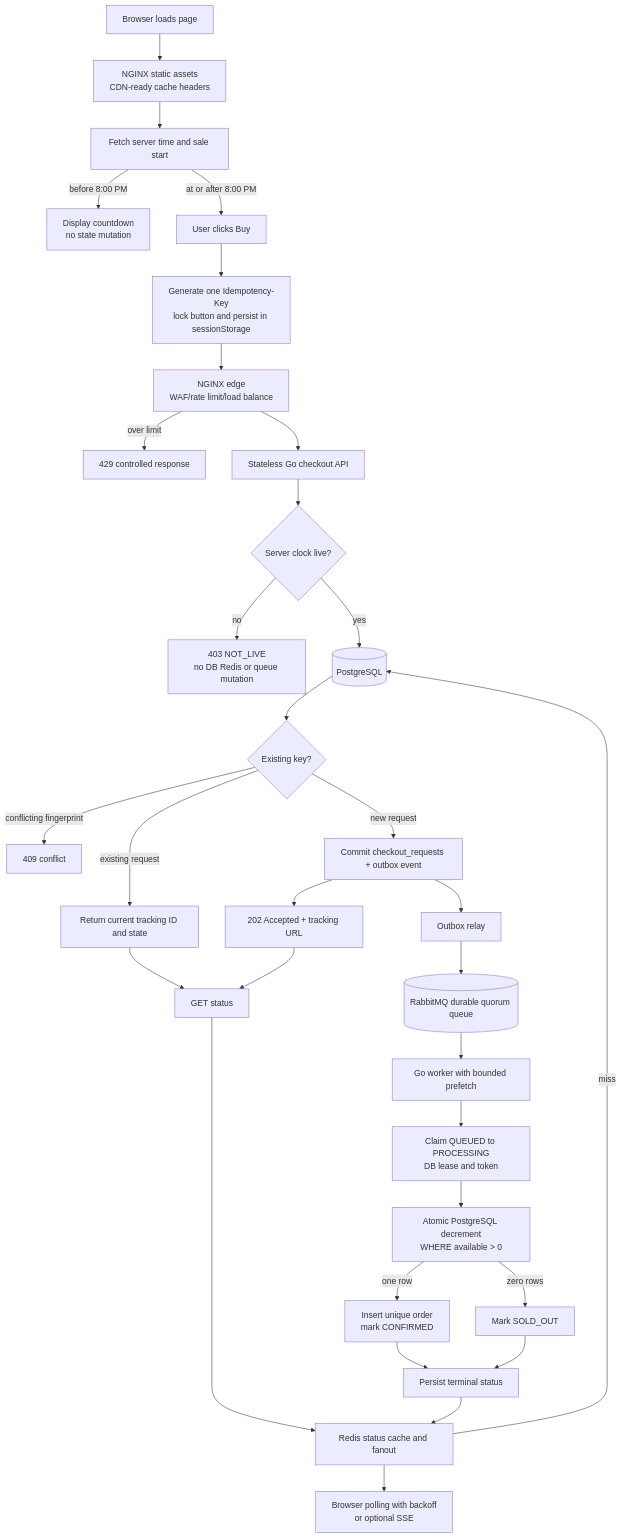
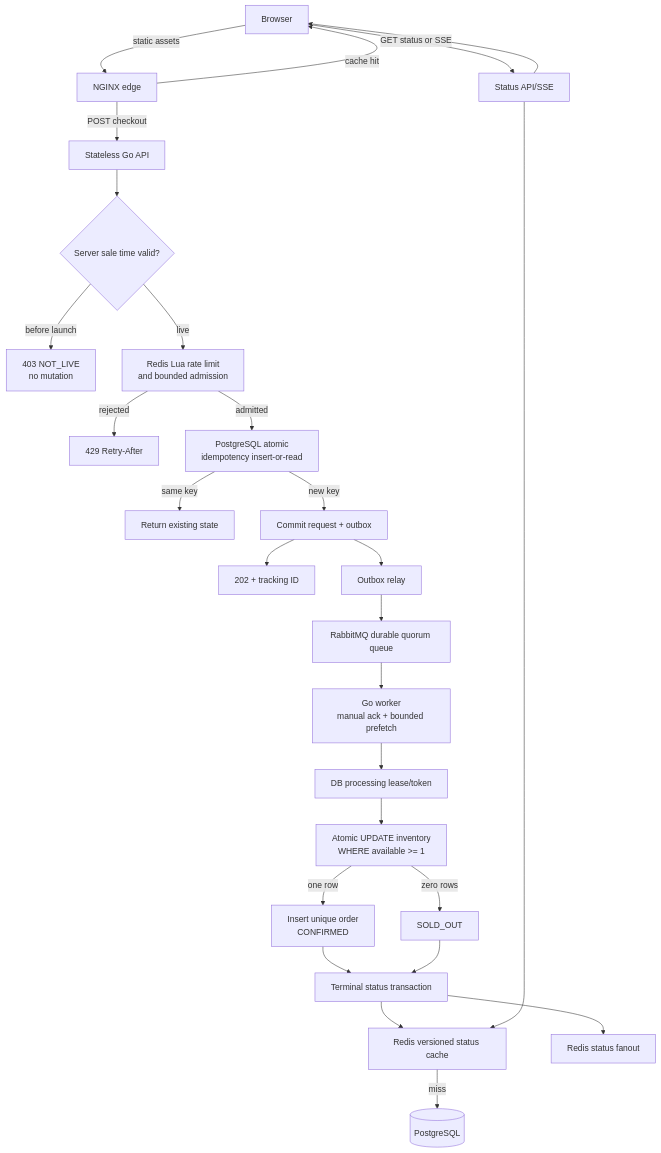
Before and after one commit to pocketradio/flashsale: the diagram in README.md, drawn with Mermaid. The commit also changed other lines of this file, not shown here.

````diff
--- a/README.md
+++ b/README.md
@@ -7,34 +37,29 @@
 ```mermaid
 flowchart TD
-  B[Browser loads page] --> C[NGINX static assets\nCDN-ready cache headers]
-  C --> T[Fetch server time and sale start]
-  T -->|before 8:00 PM| WAIT[Display countdown\nno state mutation]
-  T -->|at or after 8:00 PM| CLICK[User clicks Buy]
-  CLICK --> KEY[Generate one Idempotency-Key\nlock button and persist in sessionStorage]
-  KEY --> EDGE[NGINX edge\nWAF/rate limit/load balance]
-  EDGE -->|over limit| R429[429 controlled response]
-  EDGE --> API[Stateless Go checkout API]
-  API --> LIVE{Server clock live?}
-  LIVE -->|no| R403[403 NOT_LIVE\nno DB Redis or queue mutation]
-  LIVE -->|yes| DB1[(PostgreSQL)]
-  DB1 --> IDEM{Existing key?}
-  IDEM -->|conflicting fingerprint| R409[409 conflict]
-  IDEM -->|existing request| EXIST[Return current tracking ID and state]
-  IDEM -->|new request| TX[Commit checkout_requests + outbox event]
-  TX --> R202[202 Accepted + tracking URL]
-  TX --> OUT[Outbox relay]
-  OUT --> Q[(RabbitMQ durable quorum queue)]
-  Q --> W[Go worker with bounded prefetch]
-  W --> CLAIM[Claim QUEUED to PROCESSING\nDB lease and token]
-  CLAIM --> INV[Atomic PostgreSQL decrement\nWHERE available > 0]
-  INV -->|one row| ORDER[Insert unique order\nmark CONFIRMED]
-  INV -->|zero rows| SOLD[Mark SOLD_OUT]
-  ORDER --> STATUS[Persist terminal status]
-  SOLD --> STATUS
-  STATUS --> CACHE[Redis status cache and fanout]
-  EXIST --> STATUSREAD[GET status]
-  R202 --> STATUSREAD
-  STATUSREAD --> CACHE
-  CACHE -->|miss| DB1
-  CACHE --> BROWSER[Browser polling with backoff\nor optional SSE]
+    Browser[Browser] -->|static assets| Edge[NGINX edge]
+    Edge -->|cache hit| Browser
+    Edge -->|POST checkout| API[Stateless Go API]
+    API --> Time{Server sale time valid?}
+    Time -->|before launch| NotLive[403 NOT_LIVE\nno mutation]
+    Time -->|live| RedisGate[Redis Lua rate limit\nand bounded admission]
+    RedisGate -->|rejected| Limited[429 Retry-After]
+    RedisGate -->|admitted| Idem[PostgreSQL atomic\nidempotency insert-or-read]
+    Idem -->|same key| Existing[Return existing state]
+    Idem -->|new key| Accepted[Commit request + outbox]
+    Accepted --> Response[202 + tracking ID]
+    Accepted --> Relay[Outbox relay]
+    Relay --> Queue[RabbitMQ durable quorum queue]
+    Queue --> Worker[Go worker\nmanual ack + bounded prefetch]
+    Worker --> Claim[DB processing lease/token]
+    Claim --> Inventory[Atomic UPDATE inventory\nWHERE available >= 1]
+    Inventory -->|one row| Confirmed[Insert unique order\nCONFIRMED]
+    Inventory -->|zero rows| SoldOut[SOLD_OUT]
+    Confirmed --> Status[Terminal status transaction]
+    SoldOut --> Status
+    Status --> Cache[Redis versioned status cache]
+    Status --> Fanout[Redis status fanout]
+    Browser -->|GET status or SSE| StatusAPI[Status API/SSE]
+    StatusAPI --> Cache
+    Cache -->|miss| PostgreSQL[(PostgreSQL)]
+    StatusAPI --> Browser
 ```
````
